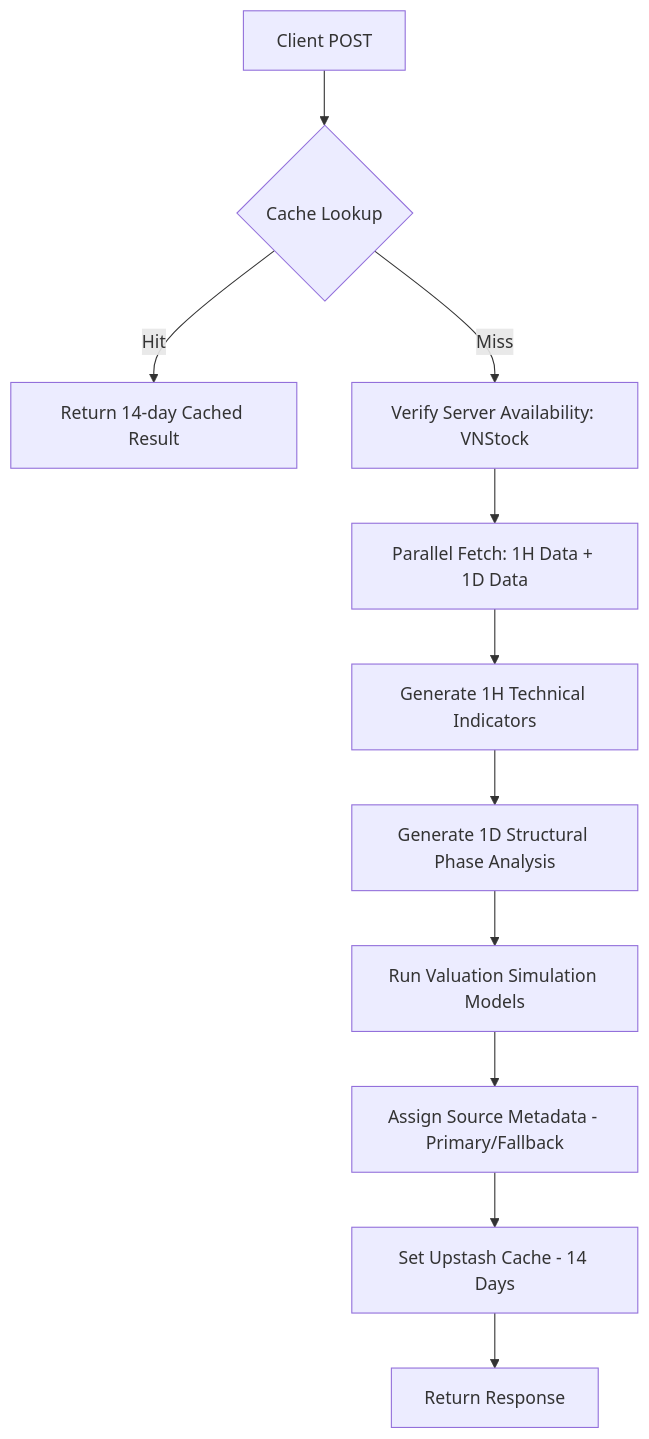
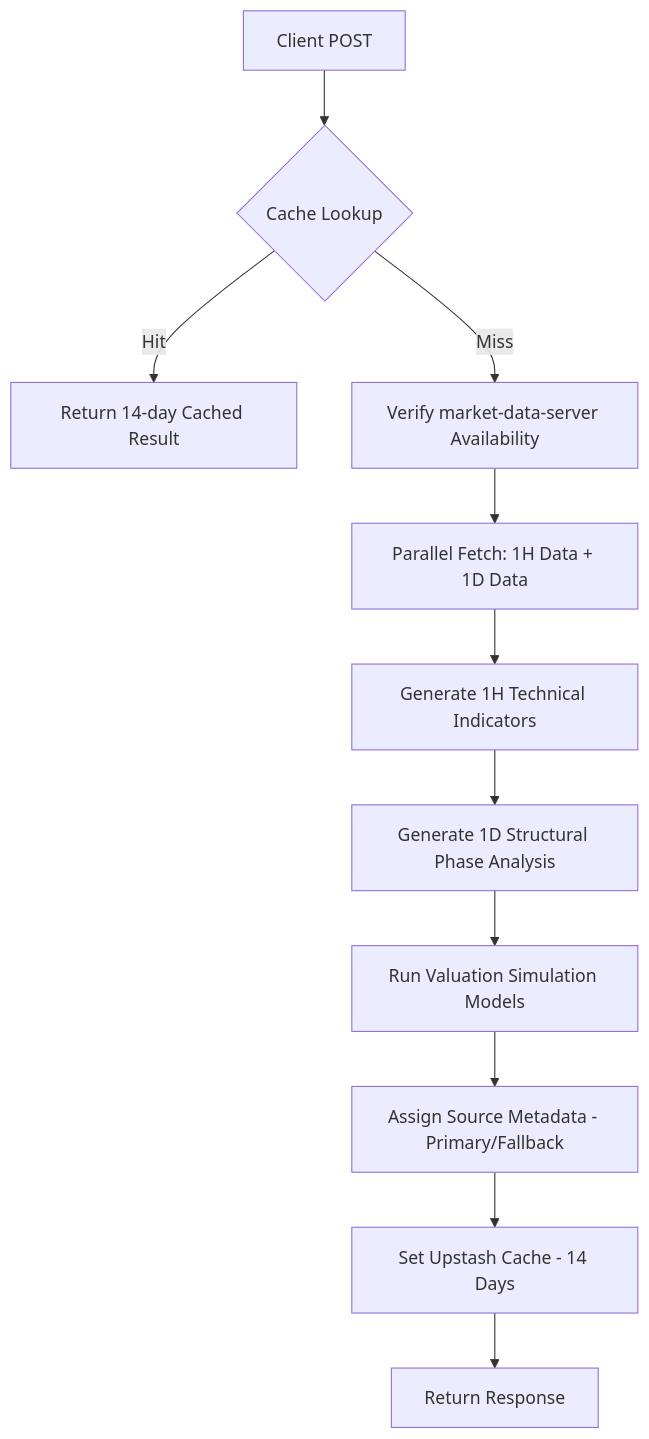
The diagram in docs/wealth-management/_api/api/ticker-analyze.md (destngx/monorepo), drawn with Mermaid before and after one commit. The commit also changed other lines of this file and 171 other files, not shown here.

First line of the commit message:
feat(market-data-server): own every market source and serve wealth-management

````diff
--- a/docs/wealth-management/_api/api/ticker-analyze.md
+++ b/docs/wealth-management/_api/api/ticker-analyze.md
@@ -54,13 +54,13 @@
 ```mermaid
 graph TD
     A[Client POST] --> B{Cache Lookup}
     B -- Hit --> C[Return 14-day Cached Result]
-    B -- Miss --> D[Verify Server Availability: VNStock]
+    B -- Miss --> D[Verify market-data-server Availability]
     D --> E[Parallel Fetch: 1H Data + 1D Data]
     E --> F[Generate 1H Technical Indicators]
     F --> G[Generate 1D Structural Phase Analysis]
     G --> H[Run Valuation Simulation Models]
     H --> I[Assign Source Metadata - Primary/Fallback]
     I --> J[Set Upstash Cache - 14 Days]
     J --> K[Return Response]
 ```
````
